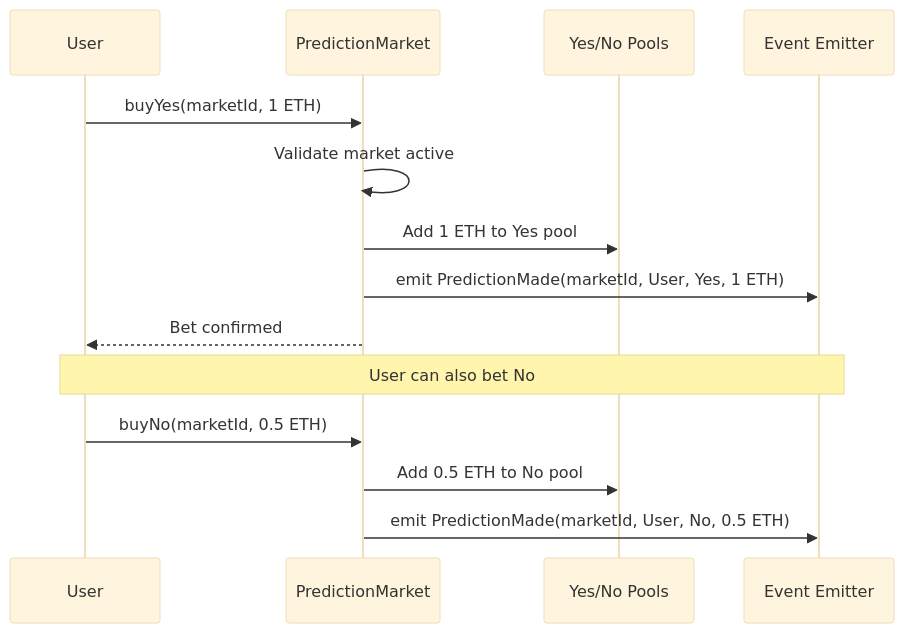
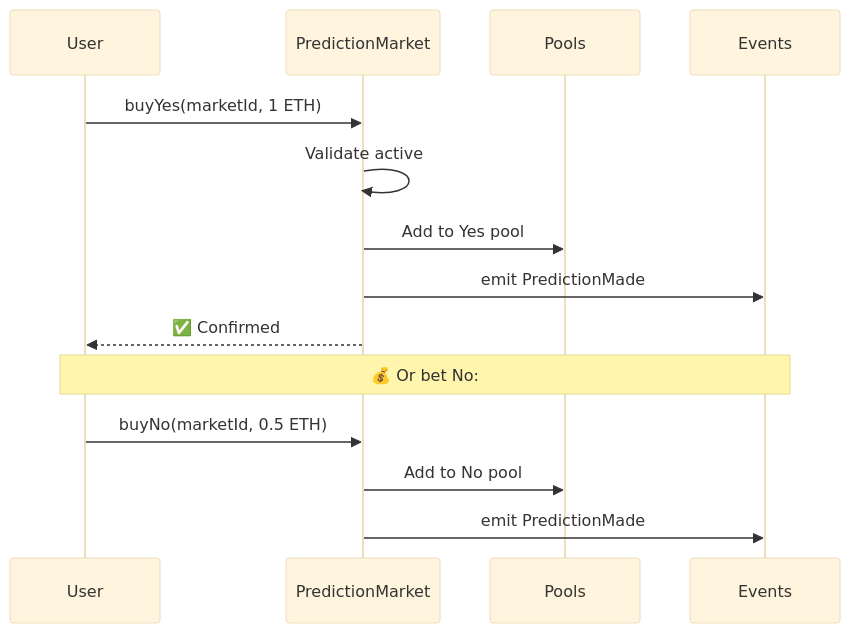
One commit to apeaircreative/olympics-prediction-oracle changed the diagram in docs/flows/betting.md. Above: the diagram before and after it, drawn with Mermaid (base theme). The commit also changed 4 other files, not shown here.

First line of the commit message:
Apply visual design principles to all Mermaid diagrams

````diff
--- a/docs/flows/betting.md
+++ b/docs/flows/betting.md
@@ -8,18 +8,18 @@
 ```mermaid
 sequenceDiagram
-    participant User as User
+    participant U as User
     participant PM as PredictionMarket
-    participant Pool as Yes/No Pools
-    participant Events as Event Emitter
+    participant P as Pools
+    participant E as Events
     
-    User->>PM: buyYes(marketId, 1 ETH)
-    PM->>PM: Validate market active
-    PM->>Pool: Add 1 ETH to Yes pool
-    PM->>Events: emit PredictionMade(marketId, User, Yes, 1 ETH)
-    PM-->>User: Bet confirmed
+    U->>PM: buyYes(marketId, 1 ETH)
+    PM->>PM: Validate active
+    PM->>P: Add to Yes pool
+    PM->>E: emit PredictionMade
+    PM-->>U: ✅ Confirmed
     
-    Note over User,Events: User can also bet No
-    User->>PM: buyNo(marketId, 0.5 ETH)
-    PM->>Pool: Add 0.5 ETH to No pool
-    PM->>Events: emit PredictionMade(marketId, User, No, 0.5 ETH)
+    Note over U,E: 💰 Or bet No:
+    U->>PM: buyNo(marketId, 0.5 ETH)
+    PM->>P: Add to No pool
+    PM->>E: emit PredictionMade
 ```
````
